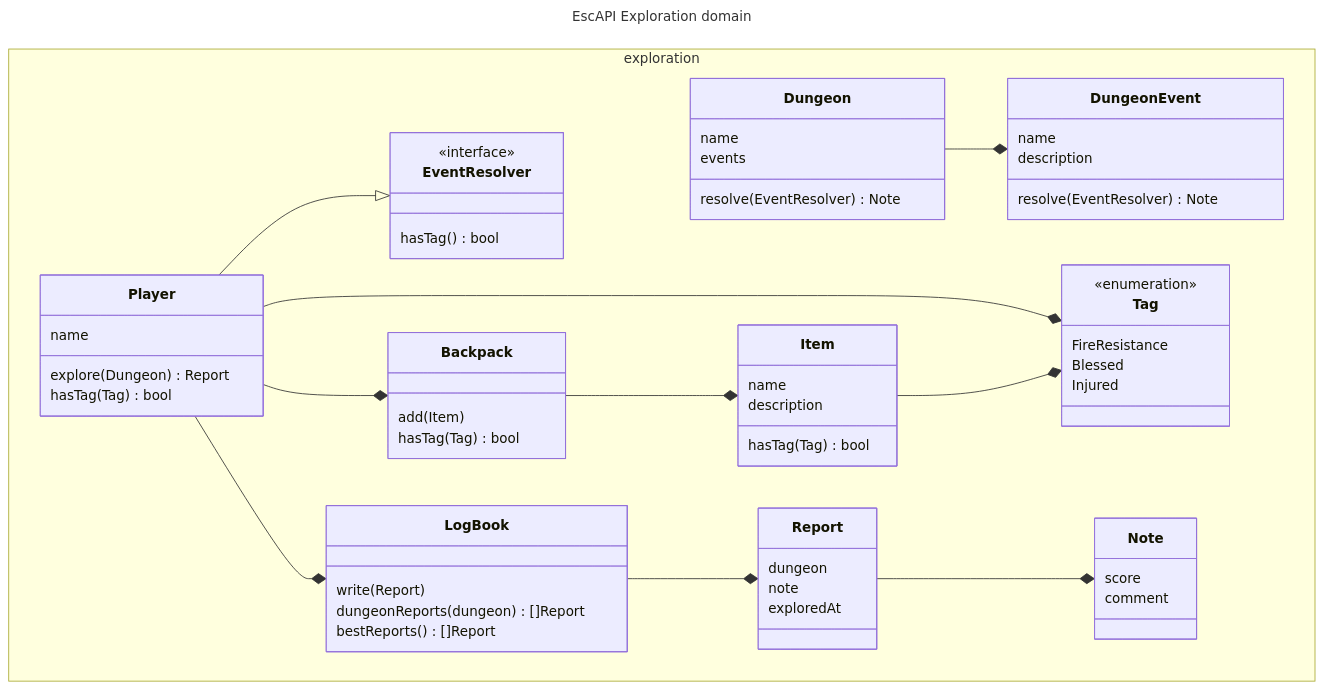
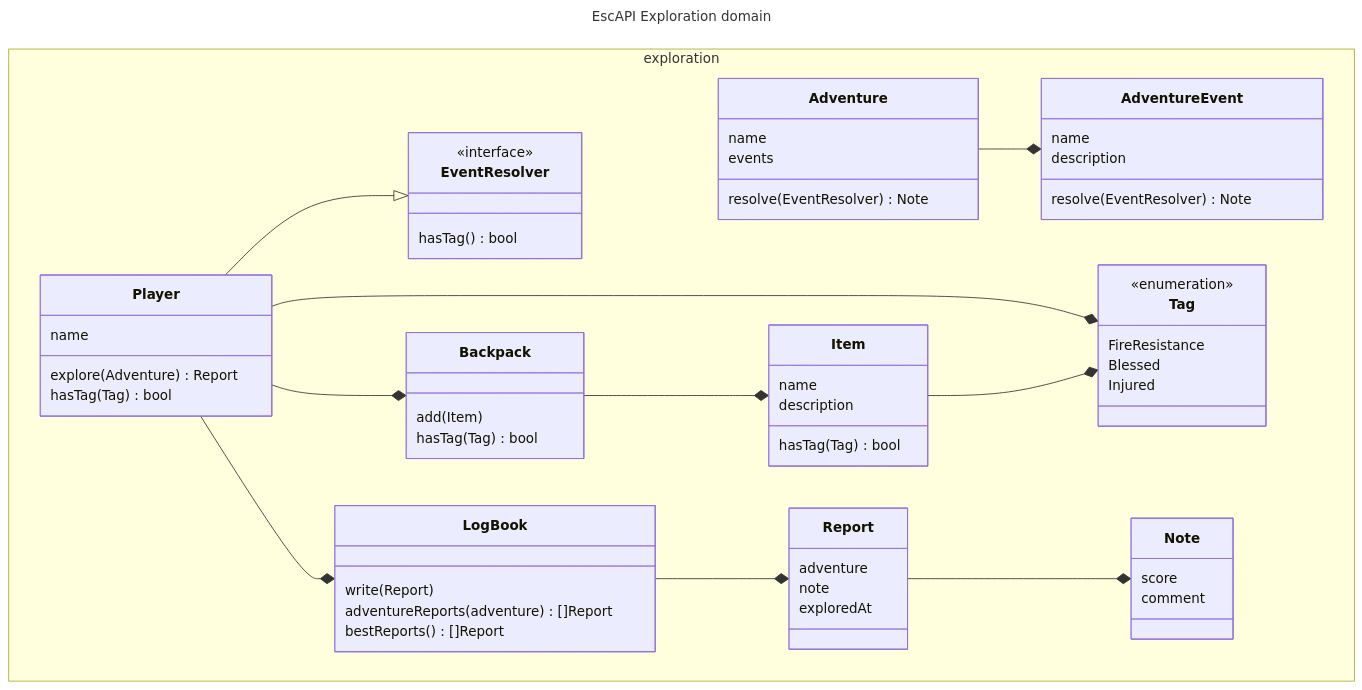
Before and after one commit to Yopadd/adventure-crawler: the diagram in docs/exploration-domain.mmd, drawn with Mermaid. The commit also changed 75 other files, not shown here.

Commit message:
rename dungeon to adventure

```diff
--- a/docs/exploration-domain.mmd
+++ b/docs/exploration-domain.mmd
@@ -1,75 +1,75 @@
 ---
 title: EscAPI Exploration domain
 ---
 classDiagram
   namespace exploration {
-    class Dungeon {
+    class Adventure {
       name
       events
       resolve(EventResolver) Note
     }
 
-    class DungeonEvent {
+    class AdventureEvent {
       name
       description
       resolve(EventResolver) Note
     }
 
     class EventResolver {
       <<interface>>
       hasTag() bool
     }
 
     class Player {
       name
-      explore(Dungeon) Report
+      explore(Adventure) Report
       hasTag(Tag) bool
     }
 
     class Backpack {
       add(Item)
       hasTag(Tag) bool
     }
 
     class Item {
       name
       description
       hasTag(Tag) bool
     }
 
     class Tag {
       <<enumeration>>
       FireResistance
       Blessed
       Injured
     }
 
     class LogBook {
       write(Report)
-      dungeonReports(dungeon) []Report
+      adventureReports(adventure) []Report
       bestReports() []Report
     }
 
     class Report {
-      dungeon
+      adventure
       note
       exploredAt
     }
 
     class Note {
       score
       comment
     }
   }
 
-Dungeon --* DungeonEvent
+Adventure --* AdventureEvent
 
 Player --|> EventResolver
 
 Player --* Backpack
 Player --* Tag
 Backpack --* Item
 Item --* Tag
 Player --* LogBook
 LogBook --* Report
 Report --* Note
```
